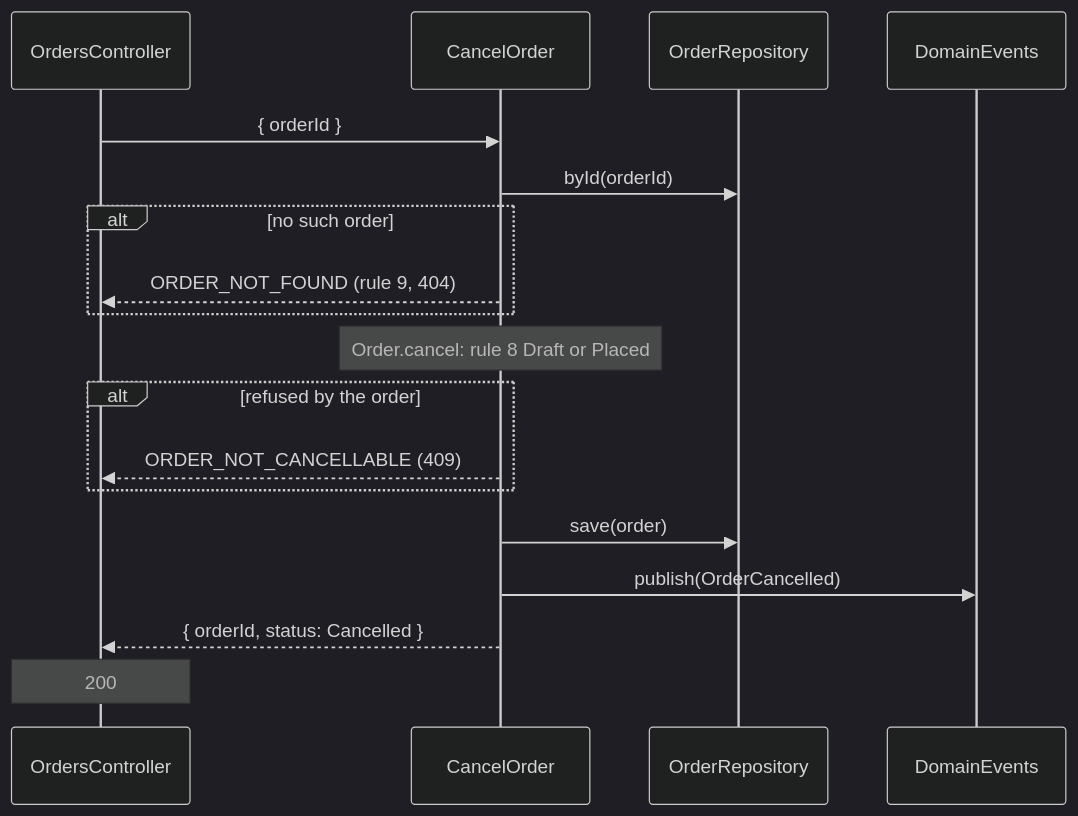
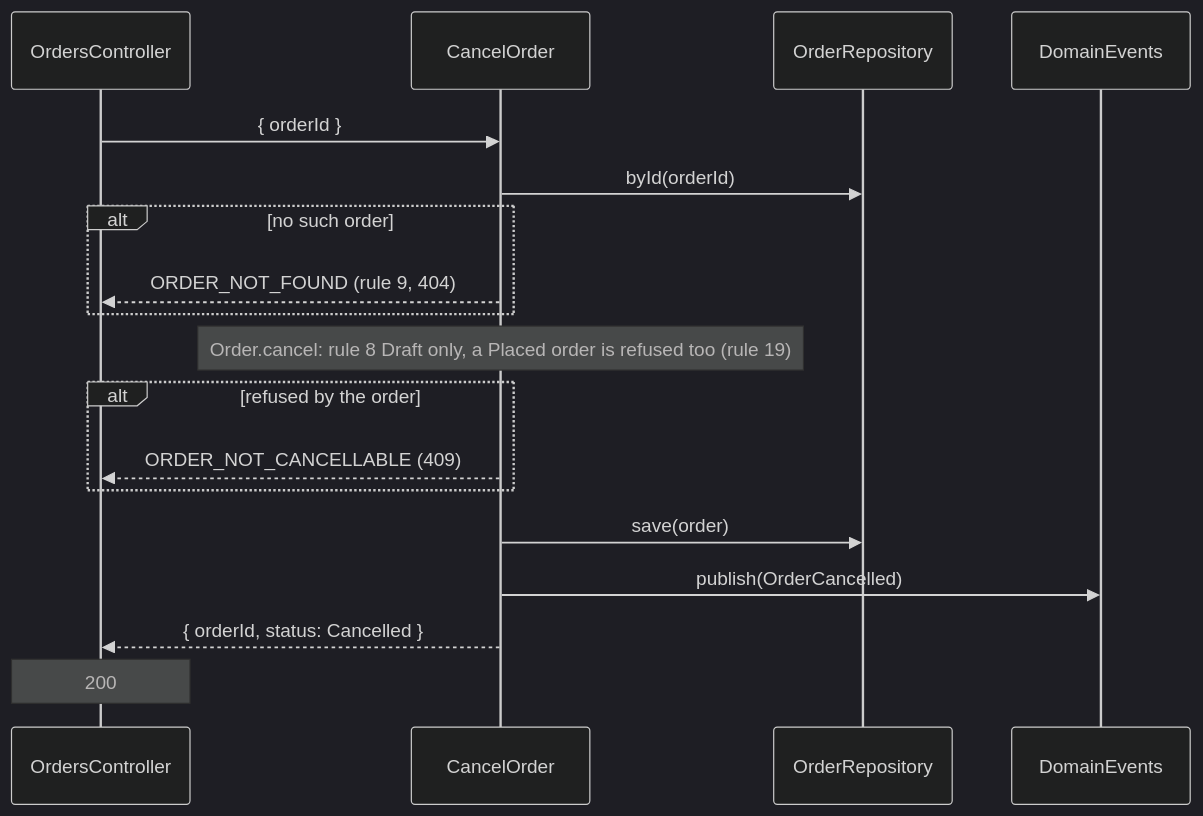
Before and after one commit to Project-Builder-Schematics/Anvil: the fourth of 5 diagrams in docs/ordering/flows.md, drawn with Mermaid (dark theme). The commit also changed 4 other files, not shown here.

Commit message:
docs(ordering): refuse to cancel a placed order and state the lost-event limit

````diff
--- a/docs/ordering/flows.md
+++ b/docs/ordering/flows.md
@@ -93,20 +93,20 @@
 ```mermaid
 sequenceDiagram
   participant C as OrdersController
   participant U as CancelOrder
   participant R as OrderRepository
   participant E as DomainEvents
   C->>U: { orderId }
   U->>R: byId(orderId)
   alt no such order
     U-->>C: ORDER_NOT_FOUND (rule 9, 404)
   end
-  Note over U: Order.cancel: rule 8 Draft or Placed
+  Note over U: Order.cancel: rule 8 Draft only, a Placed order is refused too (rule 19)
   alt refused by the order
     U-->>C: ORDER_NOT_CANCELLABLE (409)
   end
   U->>R: save(order)
   U->>E: publish(OrderCancelled)
   U-->>C: { orderId, status: Cancelled }
   Note over C: 200
 ```
````
